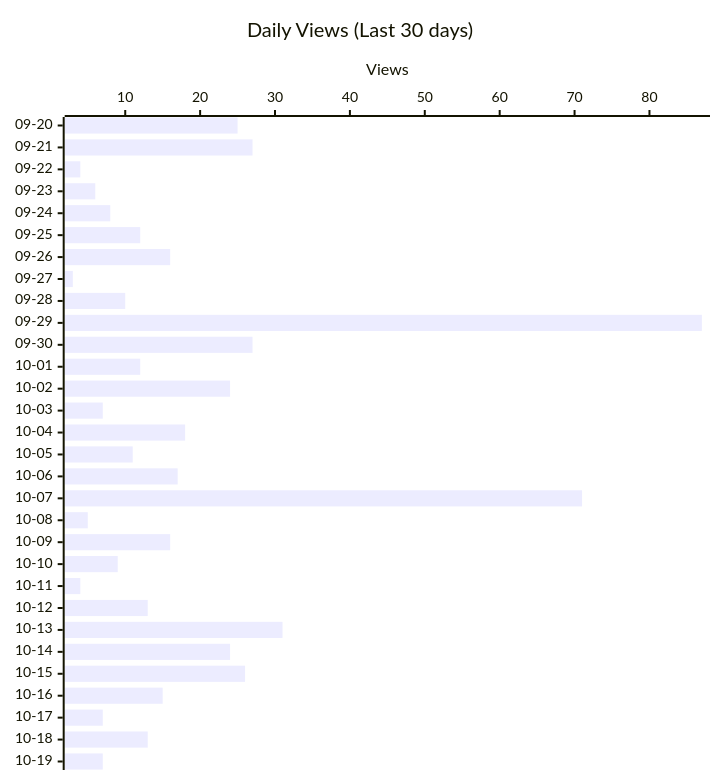
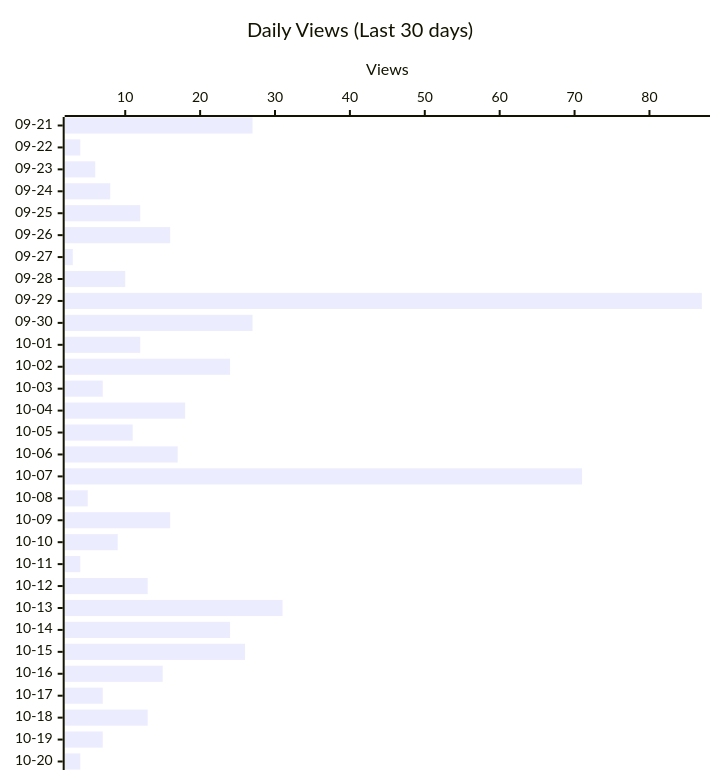
The second of 4 diagrams in README.md (shigechika/github-insights), drawn with Mermaid before and after one commit. The commit also changed other lines of this file and 2 other files, not shown here.

````diff
--- a/README.md
+++ b/README.md
@@ -28,12 +28,12 @@
 ```mermaid
 ---
 config:
   xyChart:
     height: 760
 ---
 xychart-beta horizontal
     title "Daily Views (Last 30 days)"
-    x-axis ["09-20", "09-21", "09-22", "09-23", "09-24", "09-25", "09-26", "09-27", "09-28", "09-29", "09-30", "10-01", "10-02", "10-03", "10-04", "10-05", "10-06", "10-07", "10-08", "10-09", "10-10", "10-11", "10-12", "10-13", "10-14", "10-15", "10-16", "10-17", "10-18", "10-19"]
+    x-axis ["09-21", "09-22", "09-23", "09-24", "09-25", "09-26", "09-27", "09-28", "09-29", "09-30", "10-01", "10-02", "10-03", "10-04", "10-05", "10-06", "10-07", "10-08", "10-09", "10-10", "10-11", "10-12", "10-13", "10-14", "10-15", "10-16", "10-17", "10-18", "10-19", "10-20"]
     y-axis "Views"
-    bar [25, 27, 4, 6, 8, 12, 16, 3, 10, 87, 27, 12, 24, 7, 18, 11, 17, 71, 5, 16, 9, 4, 13, 31, 24, 26, 15, 7, 13, 7]
+    bar [27, 4, 6, 8, 12, 16, 3, 10, 87, 27, 12, 24, 7, 18, 11, 17, 71, 5, 16, 9, 4, 13, 31, 24, 26, 15, 7, 13, 7, 4]
 ```
````
